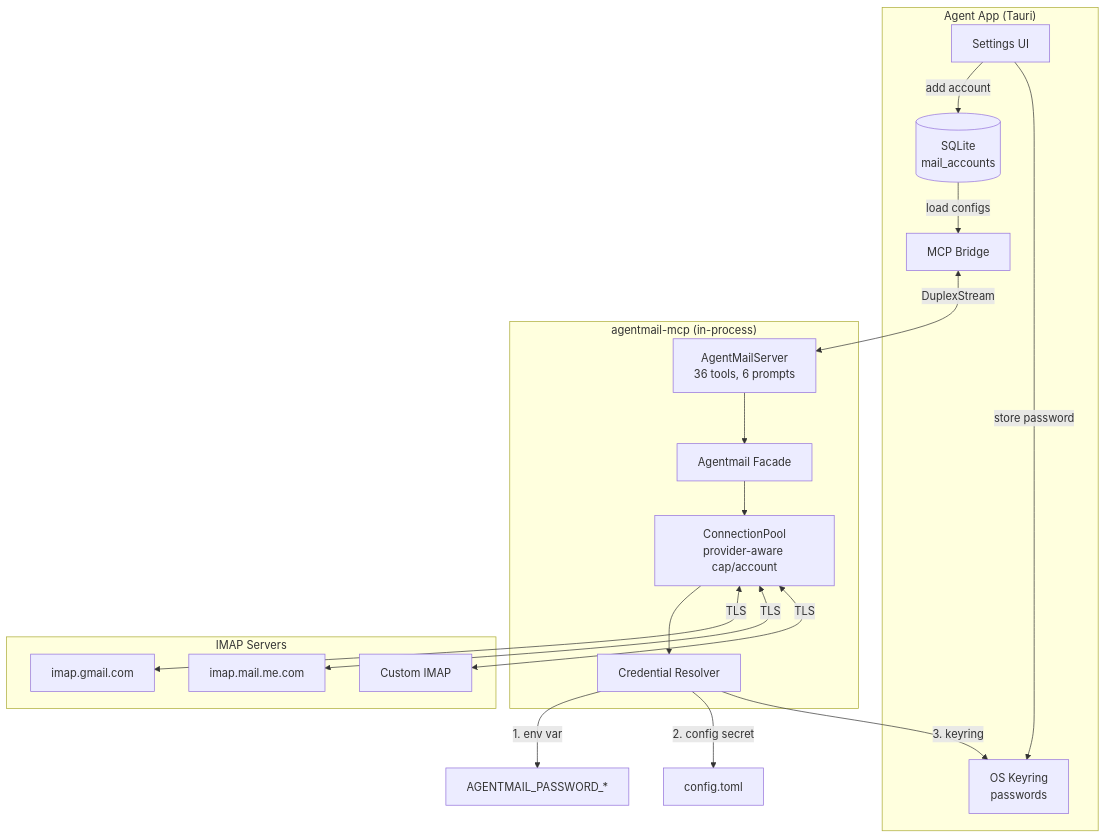
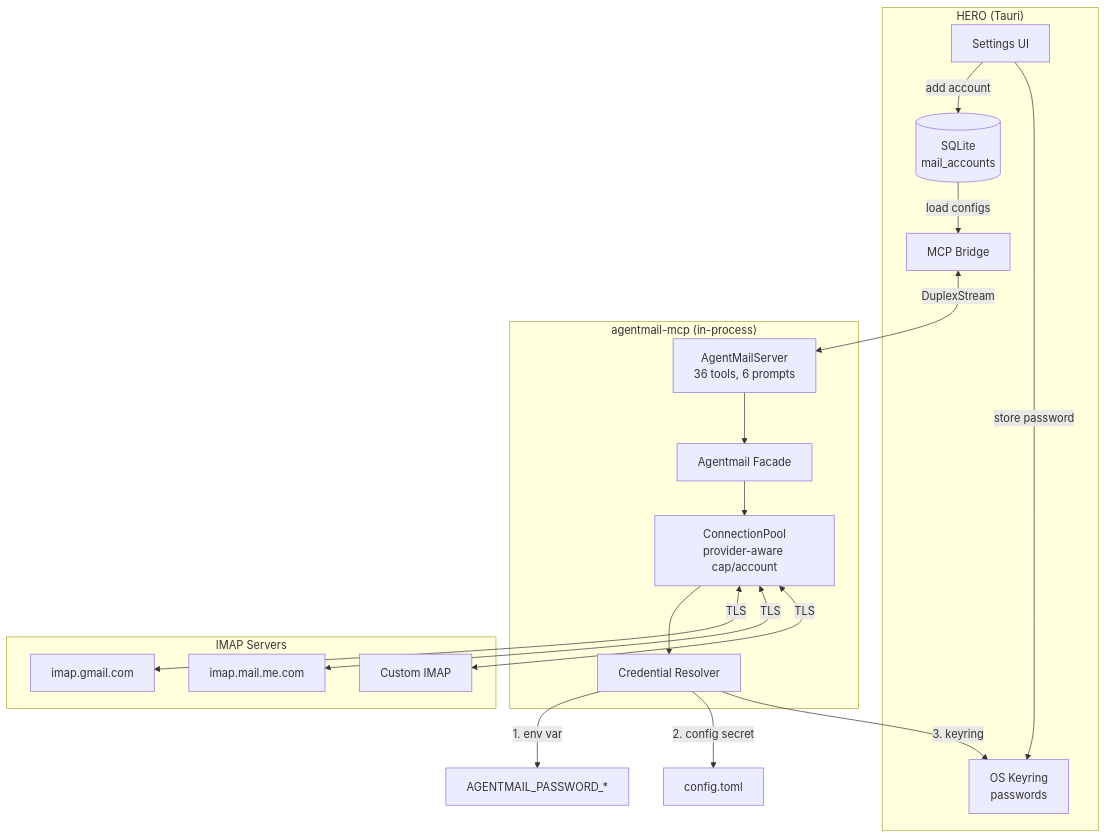
One commit to Weekendsuperhero-io/agentmail changed the first of 4 diagrams in DESIGN.md. Above: the diagram before and after it, drawn with Mermaid. The commit also changed other lines of this file and 12 other files, not shown here.

````diff
--- a/DESIGN.md
+++ b/DESIGN.md
@@ -13,36 +13,36 @@
 ```mermaid
 graph TB
-    subgraph "Agent App (Tauri)"
+    subgraph "HERO (Tauri)"
         UI[Settings UI]
         DB[(SQLite<br/>mail_accounts)]
         KR[OS Keyring<br/>passwords]
         GW[MCP Bridge]
     end
 
     subgraph "agentmail-mcp (in-process)"
         MCP[AgentMailServer<br/>36 tools, 6 prompts]
         MK[Agentmail Facade]
         POOL[ConnectionPool<br/>provider-aware cap/account]
         CRED[Credential Resolver]
     end
 
     subgraph "IMAP Servers"
         GMAIL[imap.gmail.com]
         ICLOUD[imap.mail.me.com]
         CUSTOM[Custom IMAP]
     end
 
     UI -->|add account| DB
     UI -->|store password| KR
     DB -->|load configs| GW
     GW <-->|DuplexStream| MCP
     MCP --> MK
     MK --> POOL
     POOL --> CRED
     CRED -->|1. env var| ENV[AGENTMAIL_PASSWORD_*]
     CRED -->|2. config secret| CFG[config.toml]
     CRED -->|3. keyring| KR
     POOL <-->|TLS| GMAIL
     POOL <-->|TLS| ICLOUD
     POOL <-->|TLS| CUSTOM
 ```
````
